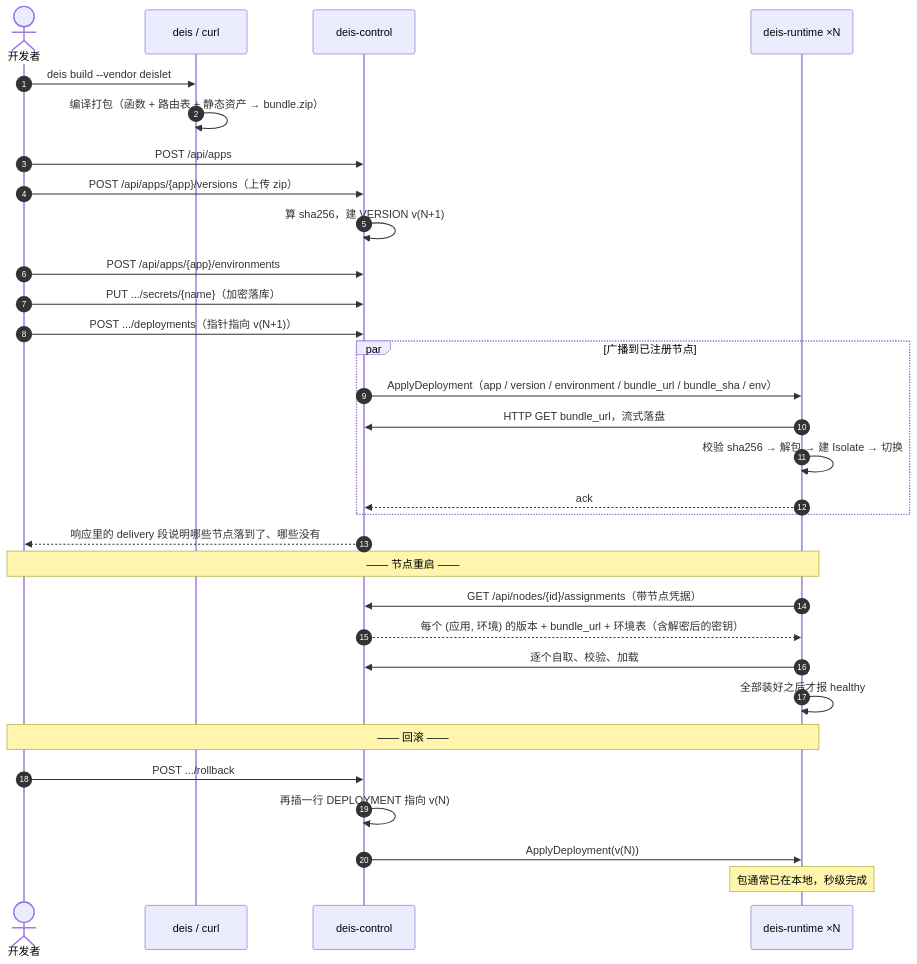
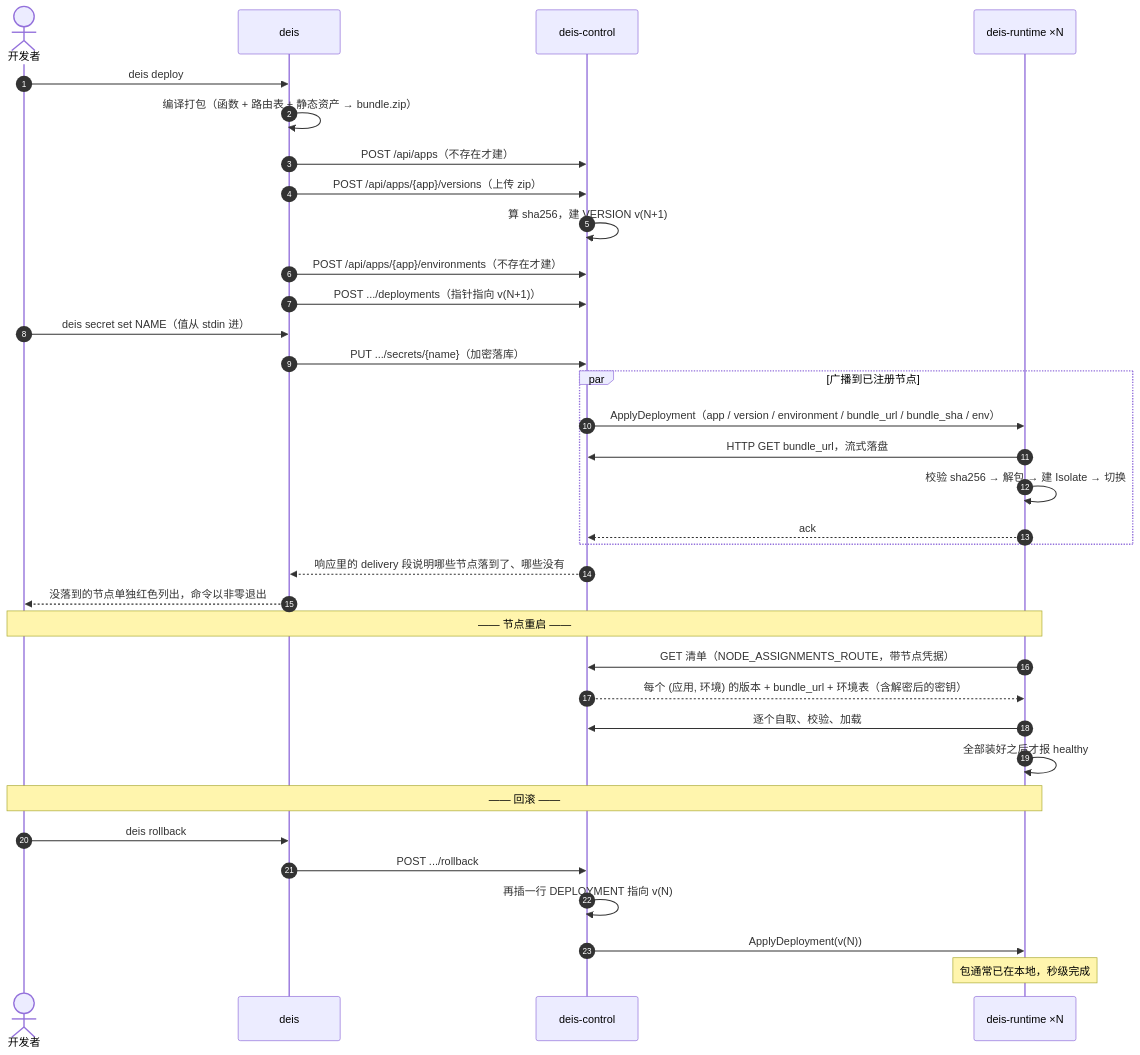
Before and after one commit to deislet/deislet: the third of 6 diagrams in docs/architecture.zh.md, drawn with Mermaid. The commit also changed other lines of this file and 240 other files, not shown here.

````diff
--- a/docs/architecture.zh.md
+++ b/docs/architecture.zh.md
@@ -223,37 +226,40 @@
 ```mermaid
 sequenceDiagram
     autonumber
     actor Dev as 开发者
-    participant CLI as deis / curl
+    participant CLI as deis
     participant R as deis-control
     participant X as deis-runtime ×N
 
-    Dev->>CLI: deis build --vendor deislet
+    Dev->>CLI: deis deploy
     CLI->>CLI: 编译打包（函数 + 路由表 + 静态资产 → bundle.zip）
-    Dev->>R: POST /api/apps
-    Dev->>R: POST /api/apps/{app}/versions（上传 zip）
+    CLI->>R: POST /api/apps（不存在才建）
+    CLI->>R: POST /api/apps/{app}/versions（上传 zip）
     R->>R: 算 sha256，建 VERSION v(N+1)
-    Dev->>R: POST /api/apps/{app}/environments
-    Dev->>R: PUT .../secrets/{name}（加密落库）
-    Dev->>R: POST .../deployments（指针指向 v(N+1)）
+    CLI->>R: POST /api/apps/{app}/environments（不存在才建）
+    CLI->>R: POST .../deployments（指针指向 v(N+1)）
+    Dev->>CLI: deis secret set NAME（值从 stdin 进）
+    CLI->>R: PUT .../secrets/{name}（加密落库）
 
     par 广播到已注册节点
         R->>X: ApplyDeployment（app / version / environment / bundle_url / bundle_sha / env）
         X->>R: HTTP GET bundle_url，流式落盘
         X->>X: 校验 sha256 → 解包 → 建 Isolate → 切换
         X-->>R: ack
     end
-    R-->>Dev: 响应里的 delivery 段说明哪些节点落到了、哪些没有
+    R-->>CLI: 响应里的 delivery 段说明哪些节点落到了、哪些没有
+    CLI-->>Dev: 没落到的节点单独红色列出，命令以非零退出
 
     Note over Dev,X: —— 节点重启 ——
-    X->>R: GET /api/nodes/{id}/assignments（带节点凭据）
+    X->>R: GET 清单（NODE_ASSIGNMENTS_ROUTE，带节点凭据）
     R-->>X: 每个 (应用, 环境) 的版本 + bundle_url + 环境表（含解密后的密钥）
     X->>R: 逐个自取、校验、加载
     X->>X: 全部装好之后才报 healthy
 
     Note over Dev,X: —— 回滚 ——
-    Dev->>R: POST .../rollback
+    Dev->>CLI: deis rollback
+    CLI->>R: POST .../rollback
     R->>R: 再插一行 DEPLOYMENT 指向 v(N)
     R->>X: ApplyDeployment(v(N))
     Note over X: 包通常已在本地，秒级完成
 ```
````
